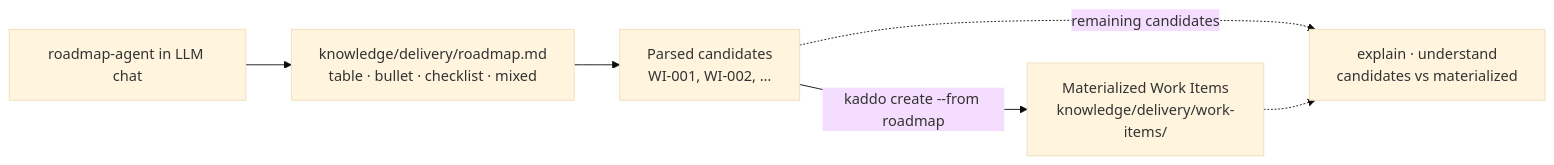
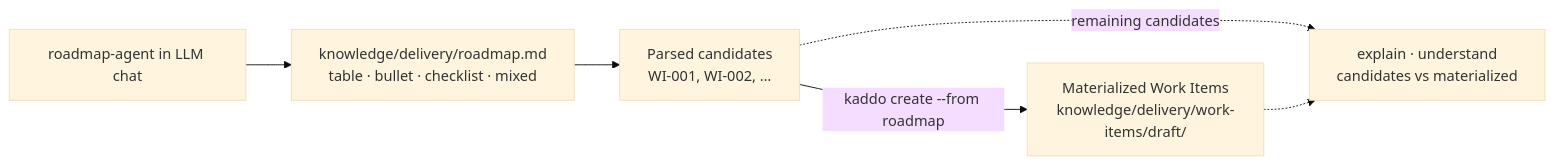
One commit to Kaddo-kdd/kaddo changed the tenth of 15 diagrams in apps/docs/src/content/docs/visual-guide.md. Above: the diagram before and after it, drawn with Mermaid (base theme). The commit also changed other lines of this file and 33 other files, not shown here.

````diff
--- a/apps/docs/src/content/docs/visual-guide.md
+++ b/apps/docs/src/content/docs/visual-guide.md
@@ -245,8 +245,8 @@
 ```mermaid
 flowchart LR
     A[roadmap-agent in LLM chat] --> B[knowledge/delivery/roadmap.md<br/>table · bullet · checklist · mixed]
     B --> C[Parsed candidates<br/>WI-001, WI-002, …]
-    C -->|kaddo create --from roadmap| D[Materialized Work Items<br/>knowledge/delivery/work-items/]
+    C -->|kaddo create --from roadmap| D[Materialized Work Items<br/>knowledge/delivery/work-items/draft/]
     C -.remaining candidates.-> E[explain · understand<br/>candidates vs materialized]
     D -.-> E
 ```
````
